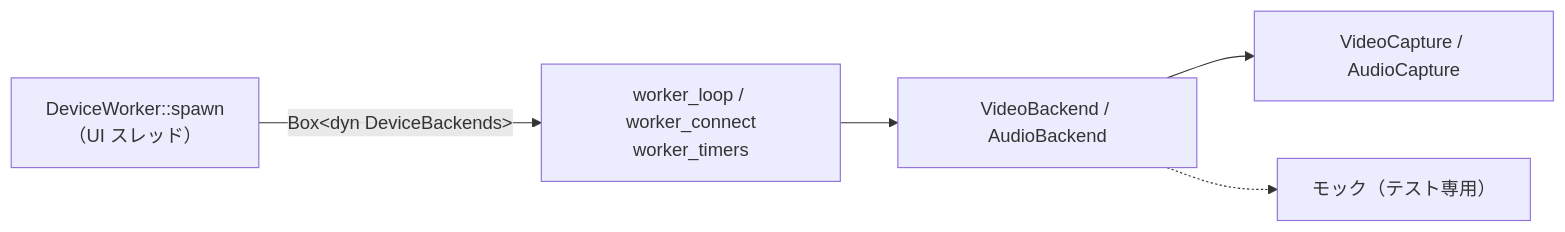
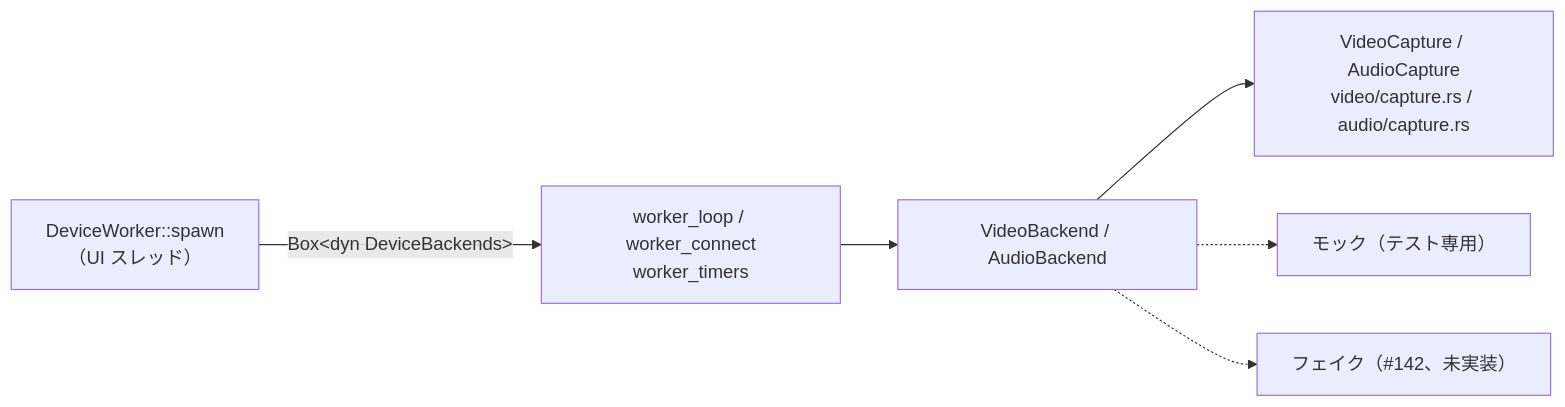
Before and after one commit to Mui-MuiMui/Capturecard_Viewer: the second of 2 diagrams in docs/design/device-worker.md, drawn with Mermaid. The commit also changed other lines of this file, not shown here.

First line of the commit message:
docs: device-worker の trait の節を video/ audio/ 分割後の構造に合わせて書き直す

````diff
--- a/docs/design/device-worker.md
+++ b/docs/design/device-worker.md
@@ -57,13 +57,15 @@
 ```mermaid
 flowchart LR
     spawn["DeviceWorker::spawn<br/>（UI スレッド）"]
     loop["worker_loop / worker_connect<br/>worker_timers"]
     trait["VideoBackend / AudioBackend"]
-    real["VideoCapture / AudioCapture"]
+    real["VideoCapture / AudioCapture<br/>video/capture.rs / audio/capture.rs"]
     mock["モック（テスト専用）"]
+    fake["フェイク（#142、未実装）"]
 
     spawn -->|Box&lt;dyn DeviceBackends&gt;| loop
     loop --> trait
     trait --> real
     trait -.-> mock
+    trait -.-> fake
 ```
````
